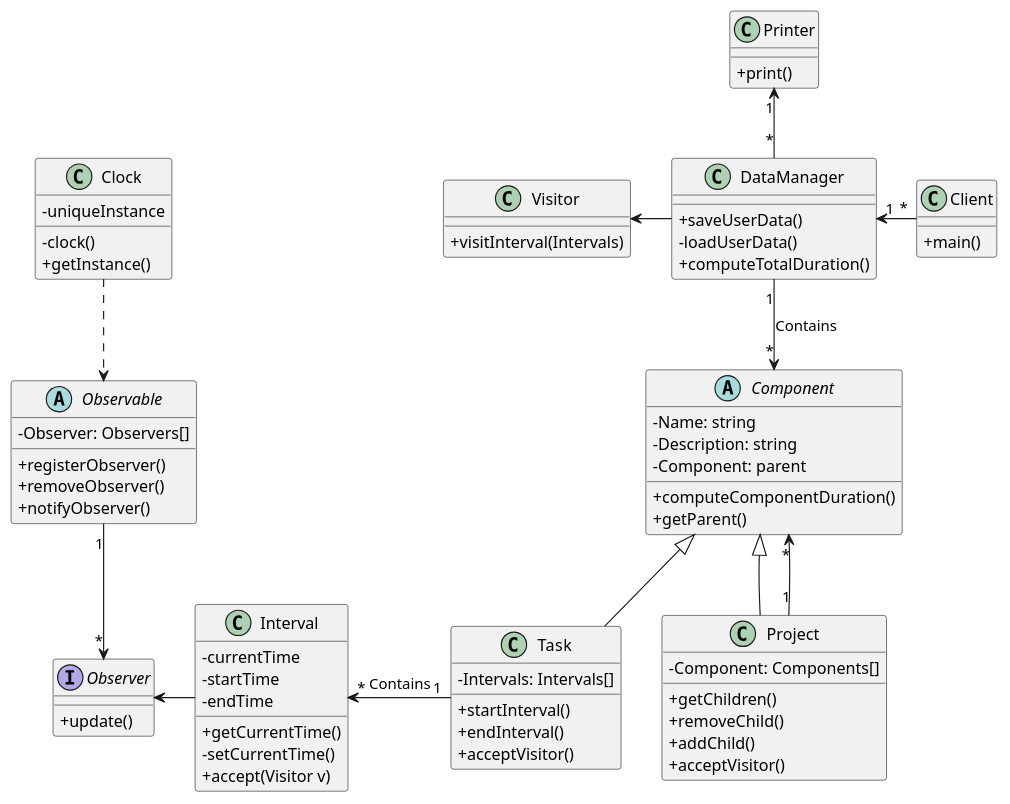
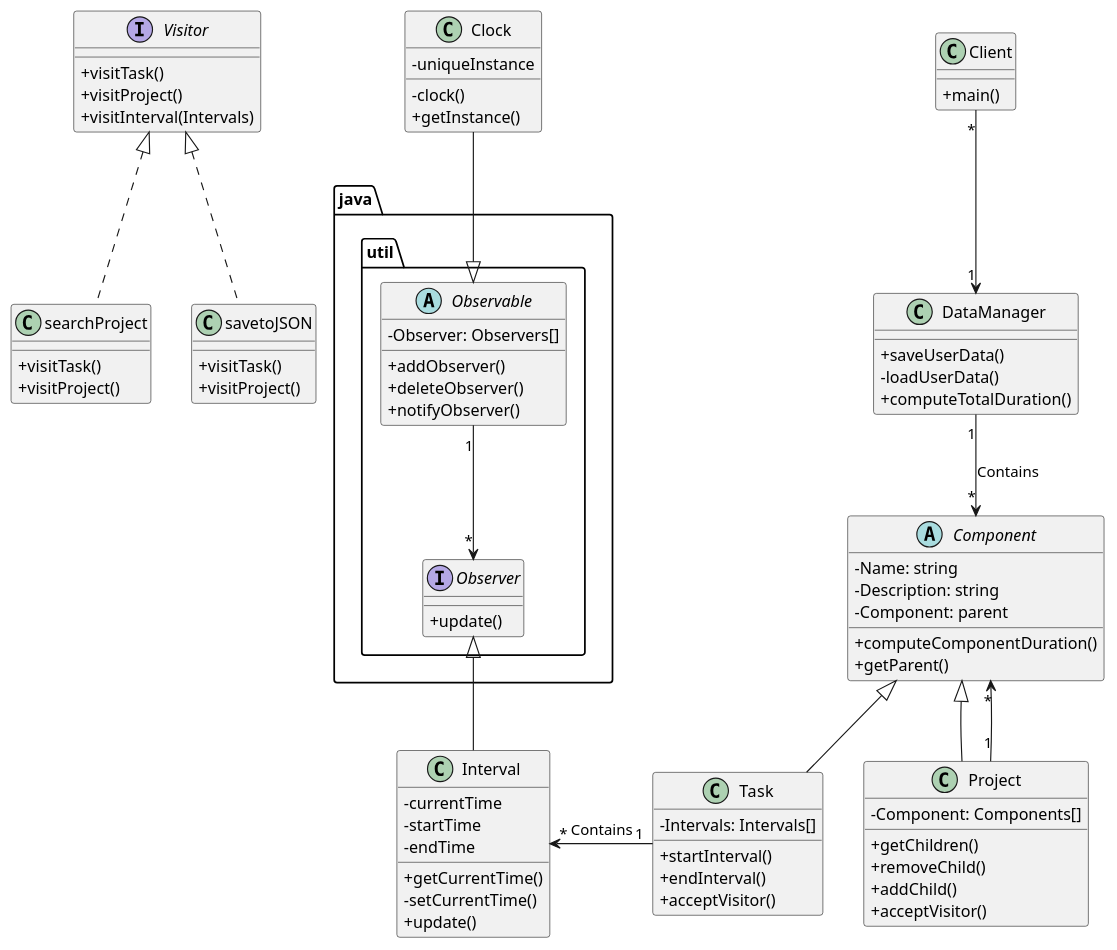
One commit to quimcamprubi/DS_Time_Tracker changed the diagram in Time_Tracker/DSTimeTracker.puml. Above: the diagram before and after it, drawn with PlantUML. The commit also changed 4 other files, not shown here.

```diff
--- a/Time_Tracker/DSTimeTracker.puml
+++ b/Time_Tracker/DSTimeTracker.puml
@@ -1,87 +1,98 @@
 @startuml 
 
 skinparam classAttributeIconSize 0
 skinparam linetype polyline
 
 abstract class Component {
 - Name: string
 - Description: string
 - Component: parent
 + computeComponentDuration()
 + getParent()
 }
 
 class Project extends Component {
 - Component: Components[]
 + getChildren()
 + removeChild()
 + addChild()
 + acceptVisitor()
 }
 
 
 class Task extends Component {
 - Intervals: Intervals[]
 + startInterval()
 + endInterval()
 + acceptVisitor()
 }
 
-class Visitor{
+Interface Visitor{
++ visitTask()
++ visitProject()
 + visitInterval(Intervals)
 }
 
+class searchProject {
++ visitTask()
++ visitProject()
+}
+
+class savetoJSON {
++ visitTask()
++ visitProject()
+}
 
 class Interval{
 - currentTime
 - startTime
 - endTime
 + getCurrentTime()
 - setCurrentTime()
-+ accept(Visitor v)
++ update()
 
 }
 
-Interface Observer{
-+ update()
+package java.util <<Folder>> {
+    Interface Observer{
+    + update()
+    }
+
+    abstract class Observable {
+    - Observer: Observers[]
+    + addObserver()
+    + deleteObserver()
+    + notifyObserver()
+    }
 }
 
-abstract class Observable {
-- Observer: Observers[]
-+ registerObserver()
-+ removeObserver()
-+ notifyObserver()
-}
 
 class Clock {
 - uniqueInstance
 - clock()
 + getInstance()
 }
 
 class Client{
 + main()
 }
 
 class DataManager{  
 + saveUserData()
 - loadUserData()
 + computeTotalDuration()
 }
 
-Class Printer{
-+ print()
-}
 
-Visitor <-right- DataManager
 DataManager "1" -down-> "*" Component: Contains
-Project "1" --> "*" Component
-Client "*" -left-> "1" DataManager
+Project "1" -up-> "*" Component
+Client "*" -down-> "1" DataManager
 Task "1" -left-> "*" Interval:Contains
-Clock .down.> Observable
+Clock -down-|> Observable
 Observable "1" -Down-> "*" Observer
-Interval -left-> Observer
-DataManager "*" -up-> "1" Printer
+Interval -up-|> Observer
 Task -[hidden]right-> Project
+searchProject .up.|> Visitor
+savetoJSON .up.|> Visitor
 
 @enduml
```
